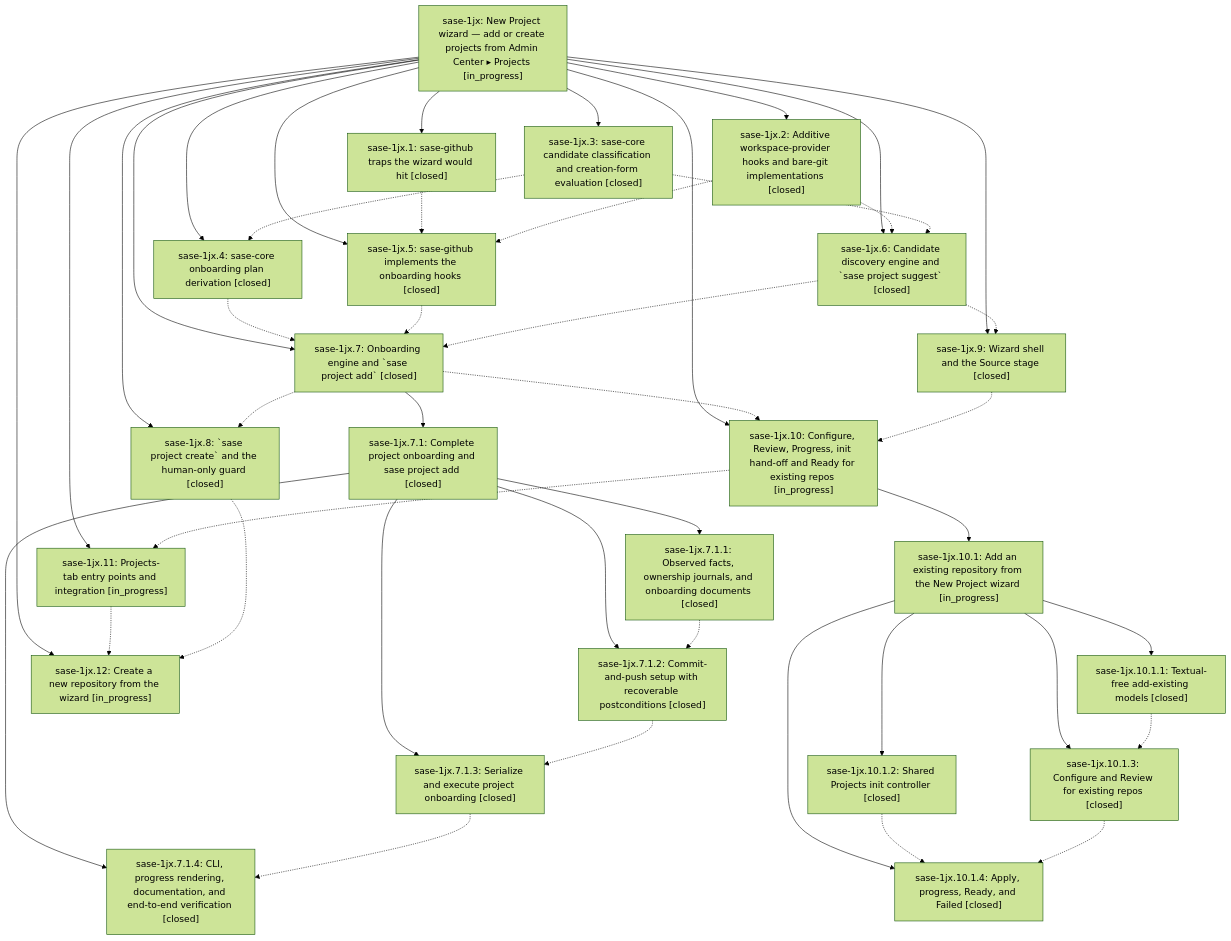
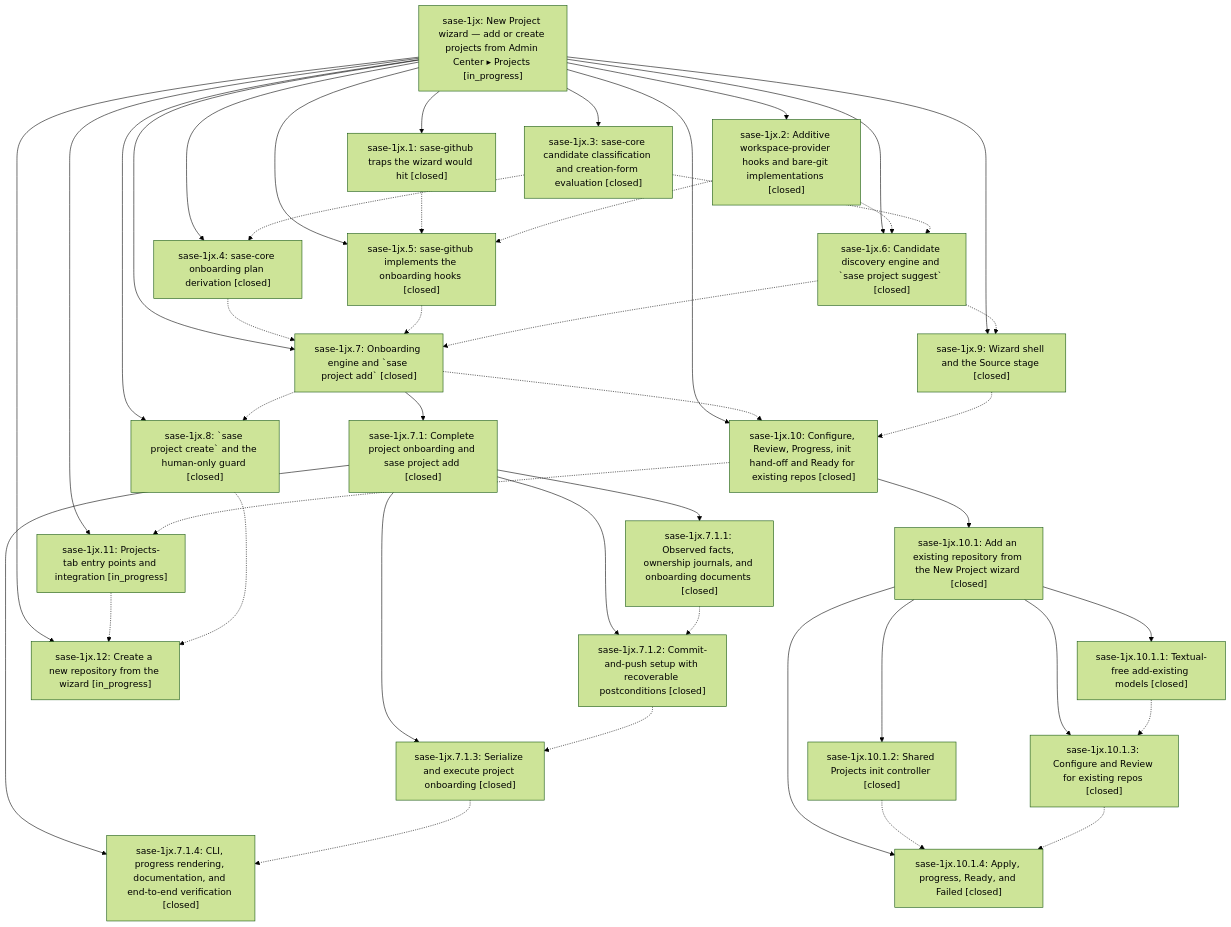
Before and after one commit to sase-org/sase--beads: the diagram in pages/sase-1jx/README.md, drawn with Mermaid (forest theme). The commit also changed other lines of this file and 8 other files, not shown here.

````diff
--- a/pages/sase-1jx/README.md
+++ b/pages/sase-1jx/README.md
@@ -55,69 +55,69 @@
 ```mermaid
 flowchart TD
     n0["sase-1jx: New Project wizard — add or create projects from Admin Center ▸ Projects [in_progress]"]
     n1["sase-1jx.1: sase-github traps the wizard would hit [closed]"]
-    n2["sase-1jx.10: Configure, Review, Progress, init hand-off and Ready for existing repos [in_progress]"]
-    n3["sase-1jx.10.1: Add an existing repository from the New Project wizard [in_progress]"]
+    n2["sase-1jx.10: Configure, Review, Progress, init hand-off and Ready for existing repos [closed]"]
+    n3["sase-1jx.10.1: Add an existing repository from the New Project wizard [closed]"]
     n4["sase-1jx.10.1.1: Textual-free add-existing models [closed]"]
     n5["sase-1jx.10.1.2: Shared Projects init controller [closed]"]
     n6["sase-1jx.10.1.3: Configure and Review for existing repos [closed]"]
     n7["sase-1jx.10.1.4: Apply, progress, Ready, and Failed [closed]"]
     n8["sase-1jx.11: Projects-tab entry points and integration [in_progress]"]
     n9["sase-1jx.12: Create a new repository from the wizard [in_progress]"]
     n10["sase-1jx.2: Additive workspace-provider hooks and bare-git implementations [closed]"]
     n11["sase-1jx.3: sase-core candidate classification and creation-form evaluation [closed]"]
     n12["sase-1jx.4: sase-core onboarding plan derivation [closed]"]
     n13["sase-1jx.5: sase-github implements the onboarding hooks [closed]"]
     n14["sase-1jx.6: Candidate discovery engine and `sase project suggest` [closed]"]
     n15["sase-1jx.7: Onboarding engine and `sase project add` [closed]"]
     n16["sase-1jx.7.1: Complete project onboarding and sase project add [closed]"]
     n17["sase-1jx.7.1.1: Observed facts, ownership journals, and onboarding documents [closed]"]
     n18["sase-1jx.7.1.2: Commit-and-push setup with recoverable postconditions [closed]"]
     n19["sase-1jx.7.1.3: Serialize and execute project onboarding [closed]"]
     n20["sase-1jx.7.1.4: CLI, progress rendering, documentation, and end-to-end verification [closed]"]
     n21["sase-1jx.8: `sase project create` and the human-only guard [closed]"]
     n22["sase-1jx.9: Wizard shell and the Source stage [closed]"]
     n0 --> n1
     n0 --> n2
     n2 --> n3
     n3 --> n4
     n3 --> n5
     n3 --> n6
     n3 --> n7
     n0 --> n8
     n0 --> n9
     n0 --> n10
     n0 --> n11
     n0 --> n12
     n0 --> n13
     n0 --> n14
     n0 --> n15
     n15 --> n16
     n16 --> n17
     n16 --> n18
     n16 --> n19
     n16 --> n20
     n0 --> n21
     n0 --> n22
     n1 -.-> n13
     n2 -.-> n8
     n4 -.-> n6
     n5 -.-> n7
     n6 -.-> n7
     n8 -.-> n9
     n10 -.-> n13
     n10 -.-> n14
     n11 -.-> n12
     n11 -.-> n14
     n12 -.-> n15
     n13 -.-> n15
     n14 -.-> n15
     n14 -.-> n22
     n15 -.-> n2
     n15 -.-> n21
     n17 -.-> n18
     n18 -.-> n19
     n19 -.-> n20
     n21 -.-> n9
     n22 -.-> n2
 ```
````
